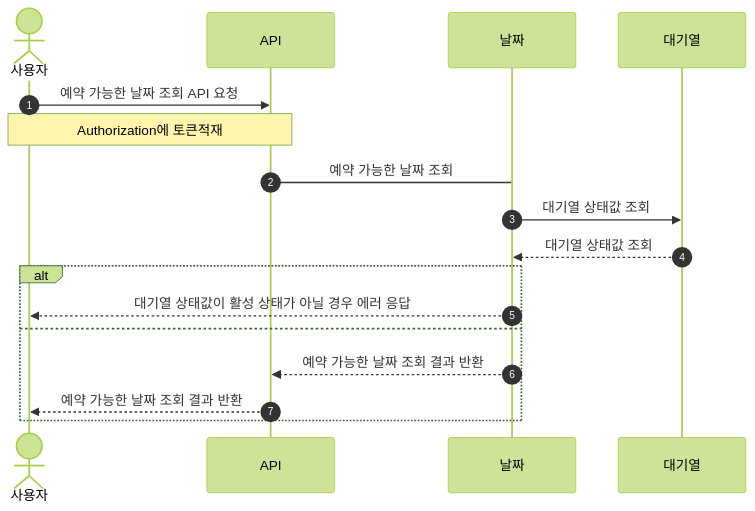
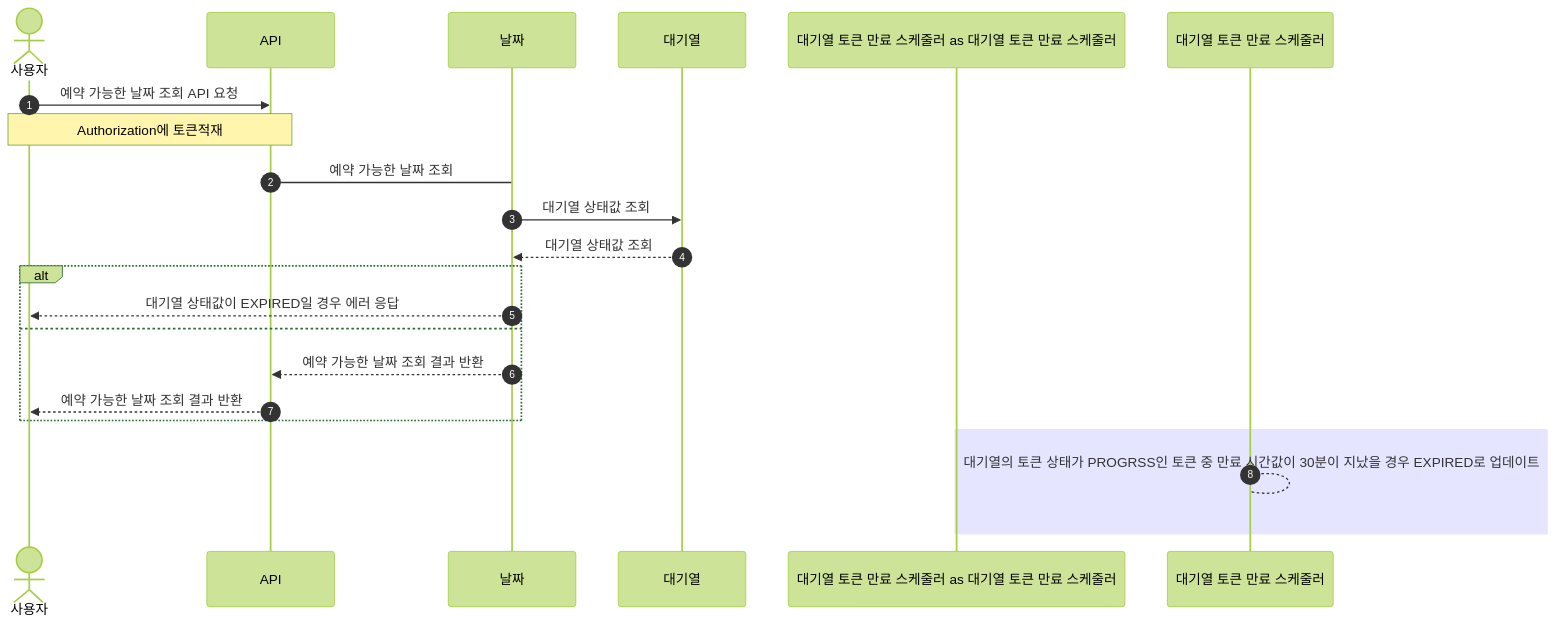
One commit to jikimee64/hhplus-concert changed the second of 7 diagrams in docs/sequence.md. Above: the diagram before and after it, drawn with Mermaid (forest theme). The commit also changed other lines of this file and 83 other files, not shown here.

````diff
--- a/docs/sequence.md
+++ b/docs/sequence.md
@@ -34,19 +39,24 @@
 ```mermaid
 sequenceDiagram
     autonumber
     actor 사용자 as 사용자
     participant API as API
     participant 날짜 as 날짜
     participant 대기열 as 대기열
+    participant 대기열 토큰 만료 스케줄러 as 대기열 토큰 만료 스케줄러
     사용자 ->> API: 예약 가능한 날짜 조회 API 요청
     Note over 사용자, API: Authorization에 토큰적재
     API -> 날짜: 예약 가능한 날짜 조회
     날짜 ->> 대기열: 대기열 상태값 조회
     대기열 -->> 날짜: 대기열 상태값 조회
     alt
-        날짜 -->> 사용자: 대기열 상태값이 활성 상태가 아닐 경우 에러 응답
+        날짜 -->> 사용자: 대기열 상태값이 EXPIRED일 경우 에러 응답
     else
         날짜 -->> API: 예약 가능한 날짜 조회 결과 반환
         API -->> 사용자: 예약 가능한 날짜 조회 결과 반환
     end
+
+    rect rgba(0, 0, 255, .1)
+        대기열 토큰 만료 스케줄러 --> 대기열 토큰 만료 스케줄러: 대기열의 토큰 상태가 PROGRSS인 토큰 중 만료 시간값이 30분이 지났을 경우 EXPIRED로 업데이트
+    end
 ```
````
